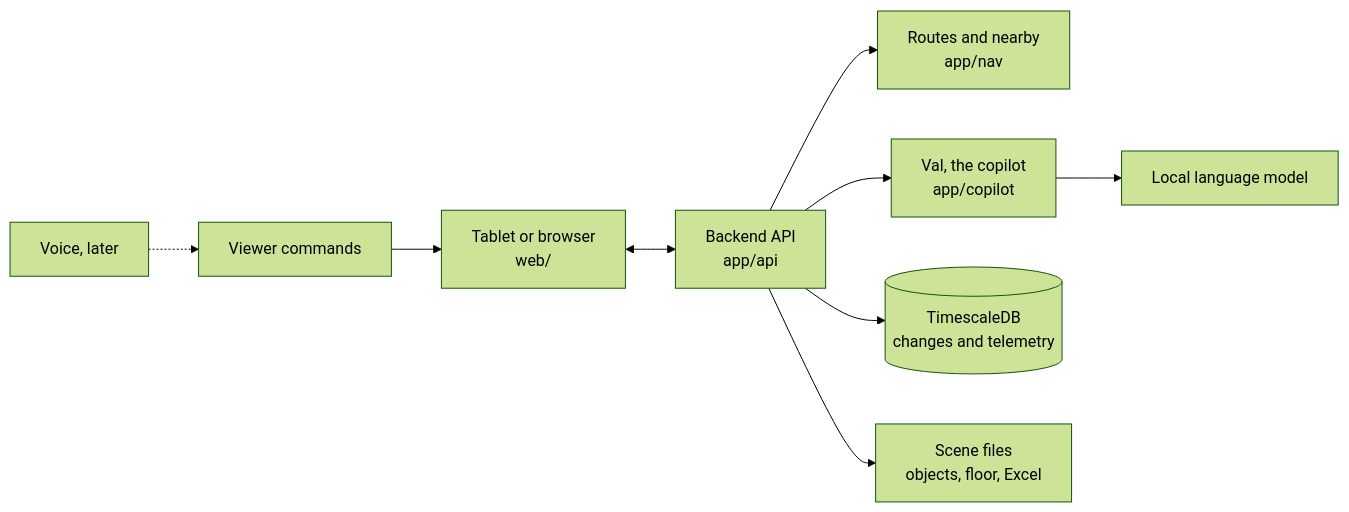
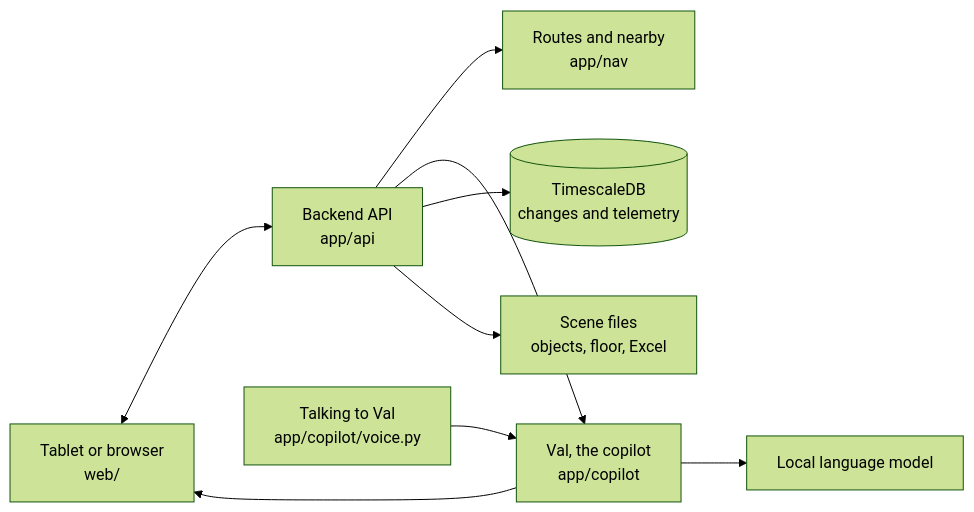
One commit to Sairanyx/VAL changed the fourth of 5 diagrams in docs/ARCHITECTURE.md. Above: the diagram before and after it, drawn with Mermaid (forest theme). The commit also changed 22 other files, not shown here.

````diff
--- a/docs/ARCHITECTURE.md
+++ b/docs/ARCHITECTURE.md
@@ -78,11 +78,11 @@
 ```mermaid
 flowchart LR
   T["Tablet or browser<br/>web/"] <--> API["Backend API<br/>app/api"]
   API --> N["Routes and nearby<br/>app/nav"]
   API --> CP["Val, the copilot<br/>app/copilot"]
   CP --> LLM["Local language model"]
   API --> DB[("TimescaleDB<br/>changes and telemetry")]
   API --> FILES["Scene files<br/>objects, floor, Excel"]
-  V["Voice, later"] -.-> CMD["Viewer commands"]
-  CMD --> T
+  V["Talking to Val<br/>app/copilot/voice.py"] --> CP
+  CP --> T
 ```
````
